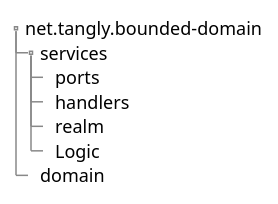
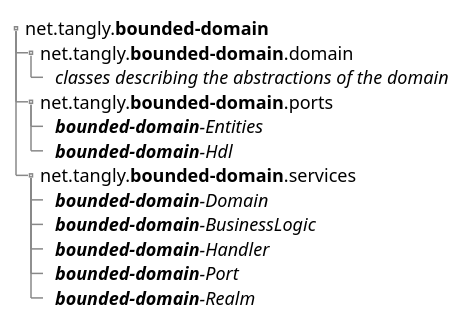
The diagram in src/site/website/content/blog/2022/blog-2022-06-01.adoc (tangly-team/tangly-os), drawn with PlantUML before and after one commit. The commit also changed other lines of this file and 52 other files, not shown here.

```diff
--- a/src/site/website/content/blog/2022/blog-2022-06-01.adoc
+++ b/src/site/website/content/blog/2022/blog-2022-06-01.adoc
@@ -94,16 +97,21 @@
 [plantuml,bounded-domain-structure,svg]
 ....
 @startsalt
 {
 {T
-+ net.tangly.bounded-domain
-++ services
-+++ ports
-+++ handlers
-+++ realm
-+++ Logic
-++ domain
++ net.tangly.**bounded-domain**
+++ net.tangly.**bounded-domain**.domain
++++ //classes describing the abstractions of the domain//
+++ net.tangly.**bounded-domain**.ports
++++ //**bounded-domain**-Entities//
++++ //**bounded-domain**-Hdl//
+++ net.tangly.**bounded-domain**.services
++++ //**bounded-domain**-Domain//
++++ //**bounded-domain**-BusinessLogic//
++++ //**bounded-domain**-Handler//
++++ //**bounded-domain**-Port//
++++ //**bounded-domain**-Realm//
 }
 }
 @endsalt
 ....
```
